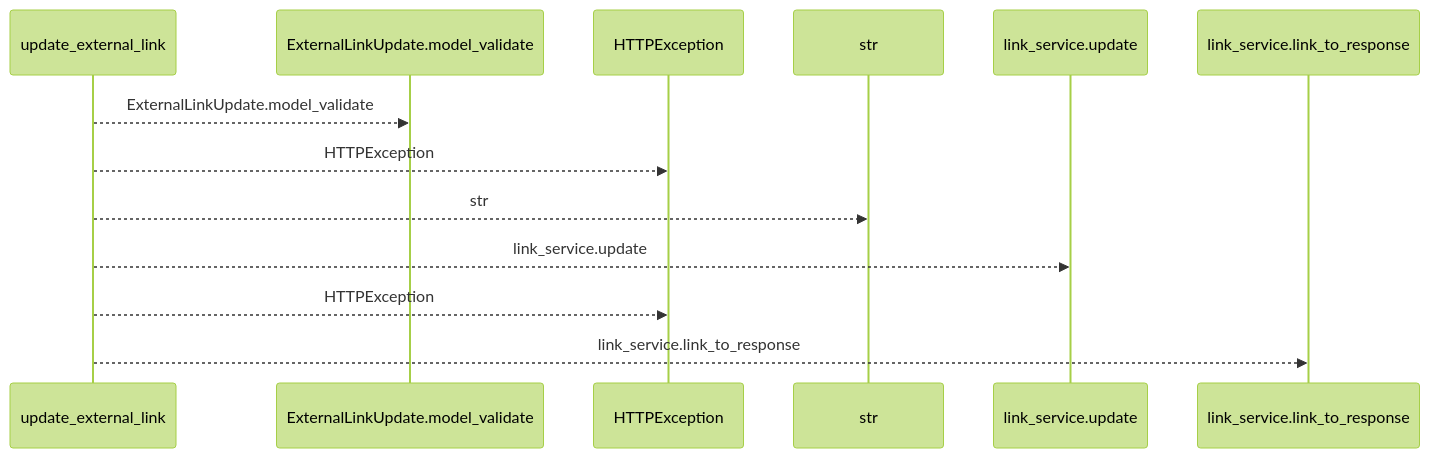
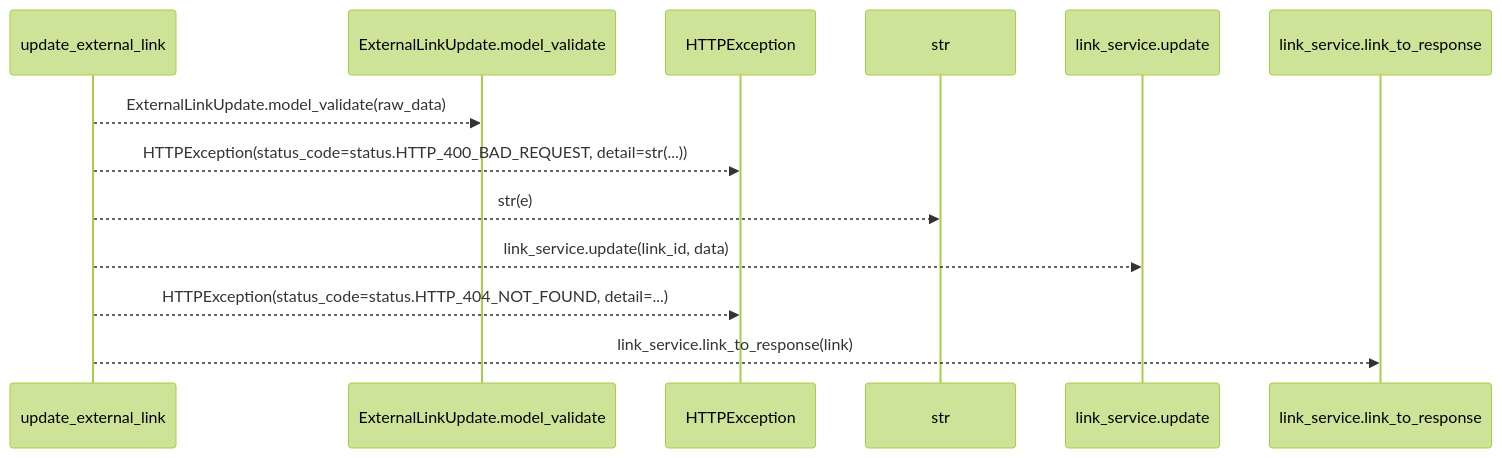
Before and after one commit to Denissvgn/WorkChord: the first of 2 diagrams in docs/llm_wiki/flows/http-update_external_link.md, drawn with Mermaid (forest theme). The commit also changed other lines of this file and 25171 other files, not shown here.

````diff
--- a/docs/llm_wiki/flows/http-update_external_link.md
+++ b/docs/llm_wiki/flows/http-update_external_link.md
@@ -10,15 +12,15 @@
 ```mermaid
 sequenceDiagram
     participant p0 as update_external_link
     participant p1 as ExternalLinkUpdate.model_validate
     participant p2 as HTTPException
     participant p3 as str
     participant p4 as link_service.update
     participant p5 as link_service.link_to_response
-    p0-->>p1: ExternalLinkUpdate.model_validate
-    p0-->>p2: HTTPException
-    p0-->>p3: str
-    p0-->>p4: link_service.update
-    p0-->>p2: HTTPException
-    p0-->>p5: link_service.link_to_response
+    p0-->>p1: ExternalLinkUpdate.model_validate(raw_data)
+    p0-->>p2: HTTPException(status_code=status.HTTP_400_BAD_REQUEST, detail=str(...))
+    p0-->>p3: str(e)
+    p0-->>p4: link_service.update(link_id, data)
+    p0-->>p2: HTTPException(status_code=status.HTTP_404_NOT_FOUND, detail=...)
+    p0-->>p5: link_service.link_to_response(link)
 ```
````
